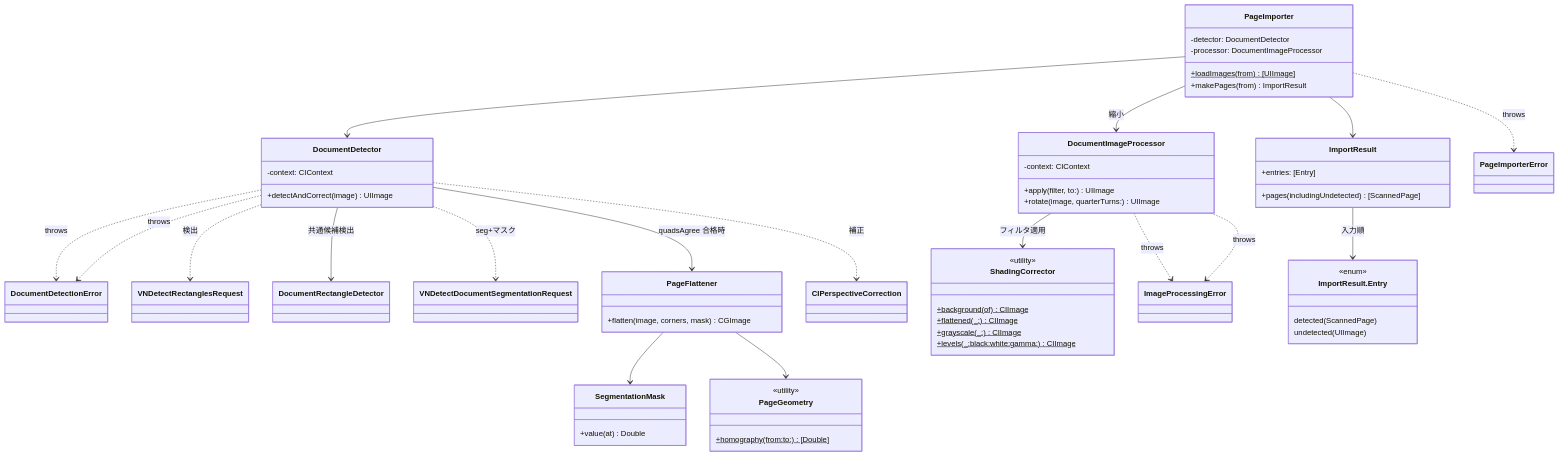
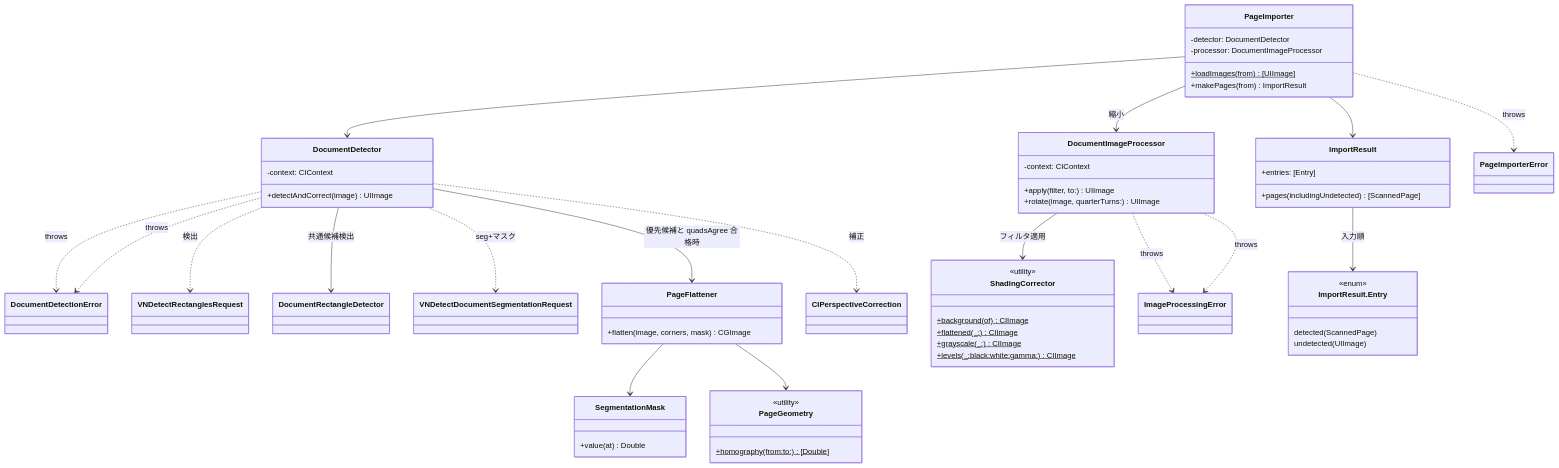
The first of 2 diagrams in DocScanner/Processing/README.md (gomurin0428/DocScanner), drawn with Mermaid before and after one commit. The commit also changed other lines of this file and 3 other files, not shown here.

````diff
--- a/DocScanner/Processing/README.md
+++ b/DocScanner/Processing/README.md
@@ -45,61 +45,61 @@
 ```mermaid
 classDiagram
     class DocumentImageProcessor {
         -context: CIContext
         +apply(filter, to:) UIImage
         +rotate(image, quarterTurns:) UIImage
     }
     class DocumentDetector {
         -context: CIContext
         +detectAndCorrect(image) UIImage
     }
     class ShadingCorrector {
         <<utility>>
         +background(of)$ CIImage
         +flattened(_:)$ CIImage
         +grayscale(_:)$ CIImage
         +levels(_:black:white:gamma:)$ CIImage
     }
     DocumentImageProcessor --> ShadingCorrector : フィルタ適用
     DocumentImageProcessor ..> ImageProcessingError : throws
     DocumentDetector ..> DocumentDetectionError : throws
     class PageImporter {
         -detector: DocumentDetector
         -processor: DocumentImageProcessor
         +loadImages(from)$ [UIImage]
         +makePages(from) ImportResult
     }
     class ImportResult {
         +entries: [Entry]
         +pages(includingUndetected) [ScannedPage]
     }
     class ImportResult.Entry {
         <<enum>>
         detected(ScannedPage)
         undetected(UIImage)
     }
     DocumentImageProcessor ..> ImageProcessingError : throws
     DocumentDetector ..> DocumentDetectionError : throws
     class PageFlattener {
         +flatten(image, corners, mask) CGImage
     }
     class SegmentationMask {
         +value(at) Double
     }
     class PageGeometry {
         <<utility>>
         +homography(from:to:)$ [Double]
     }
     DocumentDetector ..> VNDetectRectanglesRequest : 検出
     DocumentDetector --> DocumentRectangleDetector : 共通候補検出
     DocumentDetector ..> VNDetectDocumentSegmentationRequest : seg+マスク
-    DocumentDetector --> PageFlattener : quadsAgree 合格時
+    DocumentDetector --> PageFlattener : 優先候補と quadsAgree 合格時
     PageFlattener --> SegmentationMask
     PageFlattener --> PageGeometry
     DocumentDetector ..> CIPerspectiveCorrection : 補正
     PageImporter --> DocumentDetector
     PageImporter --> DocumentImageProcessor : 縮小
     PageImporter --> ImportResult
     ImportResult --> ImportResult.Entry : 入力順
     PageImporter ..> PageImporterError : throws
 ```
````
